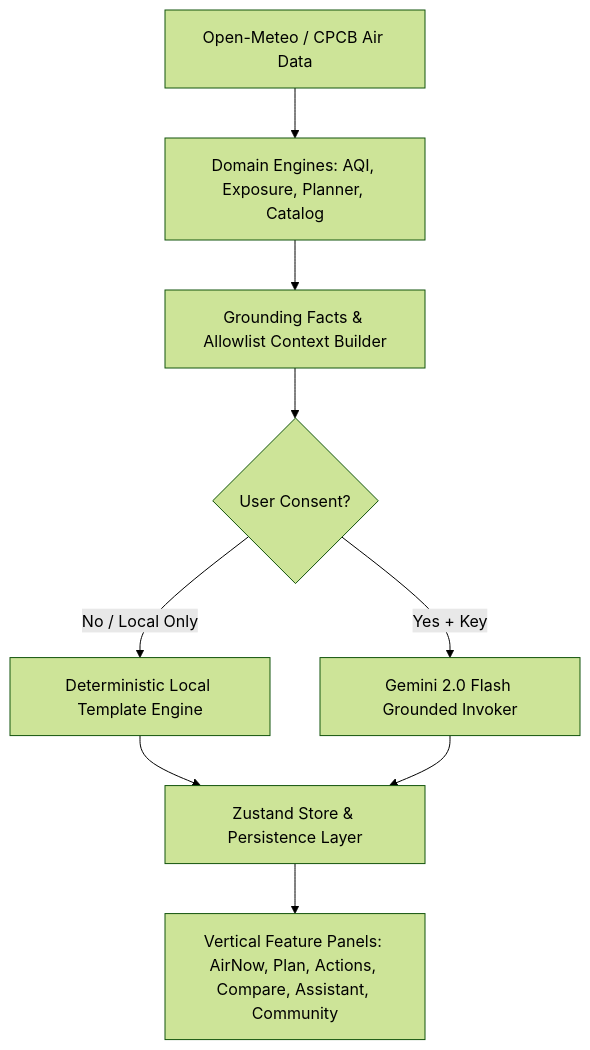
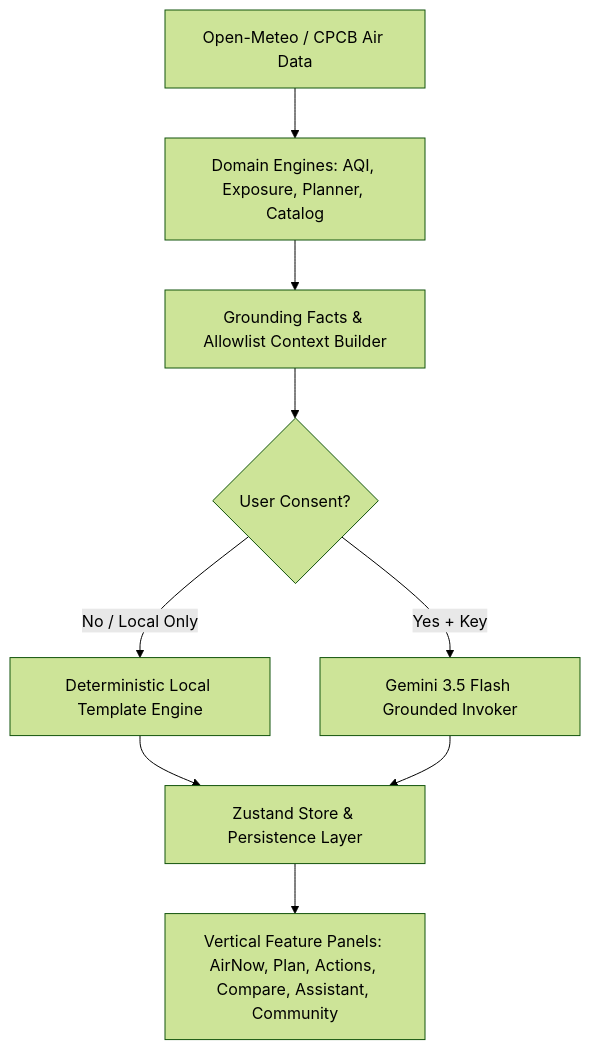
Before and after one commit to akshayjadhav237237-cmd/clearbreath: the diagram in README.md, drawn with Mermaid (forest theme). The commit also changed other lines of this file and 7 other files, not shown here.

Commit message:
docs: purge banned claims, record empirical metrics, and cite Gemini 3.5 Flash

````diff
--- a/README.md
+++ b/README.md
@@ -27,11 +27,11 @@
 ```mermaid
 graph TD
   A[Open-Meteo / CPCB Air Data] --> B[Domain Engines: AQI, Exposure, Planner, Catalog]
   B --> C[Grounding Facts & Allowlist Context Builder]
   C --> D{User Consent?}
   D -- No / Local Only --> E[Deterministic Local Template Engine]
-  D -- Yes + Key --> F[Gemini 2.0 Flash Grounded Invoker]
+  D -- Yes + Key --> F[Gemini 3.5 Flash Grounded Invoker]
   E --> G[Zustand Store & Persistence Layer]
   F --> G
   G --> H[Vertical Feature Panels: AirNow, Plan, Actions, Compare, Assistant, Community]
 ```
````
